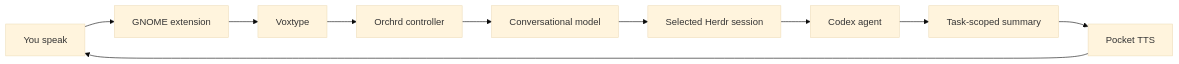
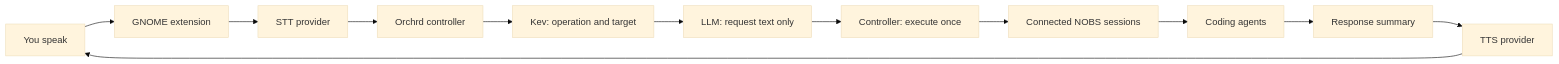
Before and after one commit to KacperLa/orchrd: the diagram in README.md, drawn with Mermaid (base theme). The commit also changed other lines of this file and 46 other files, not shown here.

Commit message:
Rework Orchrd around connected agent sessions

````diff
--- a/README.md
+++ b/README.md
@@ -28,12 +29,14 @@
 ```mermaid
 flowchart LR
     Voice[You speak] --> Shell[GNOME extension]
-    Shell --> STT[Voxtype]
+    Shell --> STT[STT provider]
     STT --> Router[Orchrd controller]
-    Router --> Intent[Conversational model]
-    Intent --> Herdr[Selected Herdr session]
-    Herdr --> Codex[Codex agent]
-    Codex --> Summary[Task-scoped summary]
-    Summary --> TTS[Pocket TTS]
+    Router --> Decision[Kev: operation and target]
+    Decision --> Draft[LLM: request text only]
+    Draft --> Execute[Controller: execute once]
+    Execute --> Frontend[Connected NOBS sessions]
+    Frontend --> Agent[Coding agents]
+    Agent --> Summary[Response summary]
+    Summary --> TTS[TTS provider]
     TTS --> Voice
 ```
````
